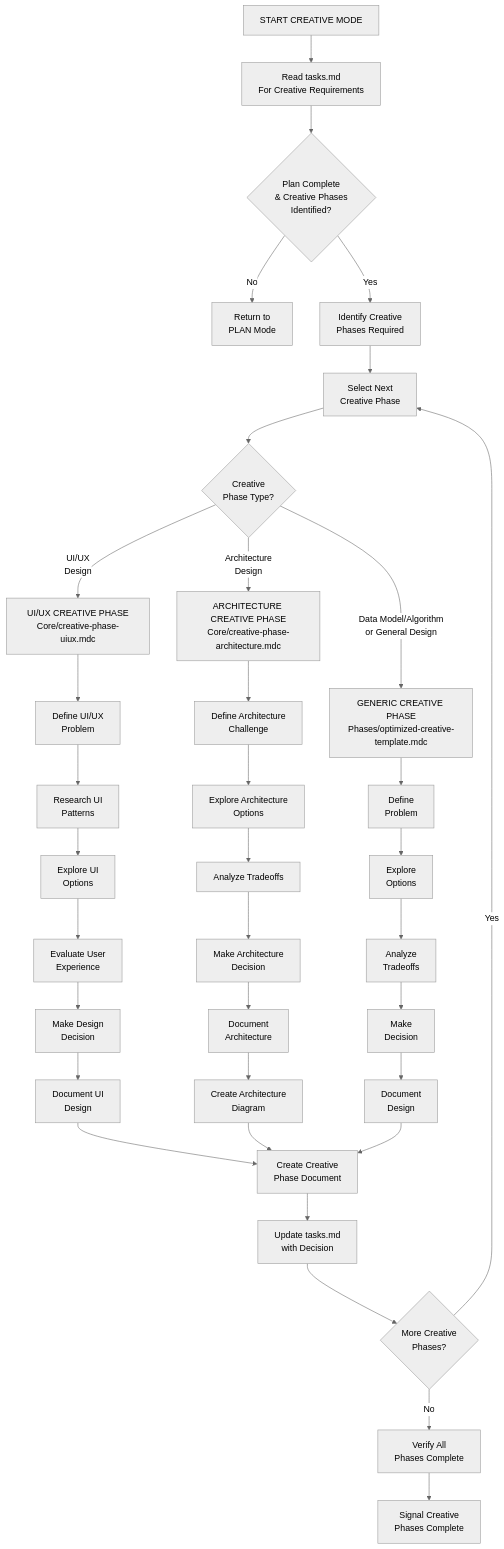
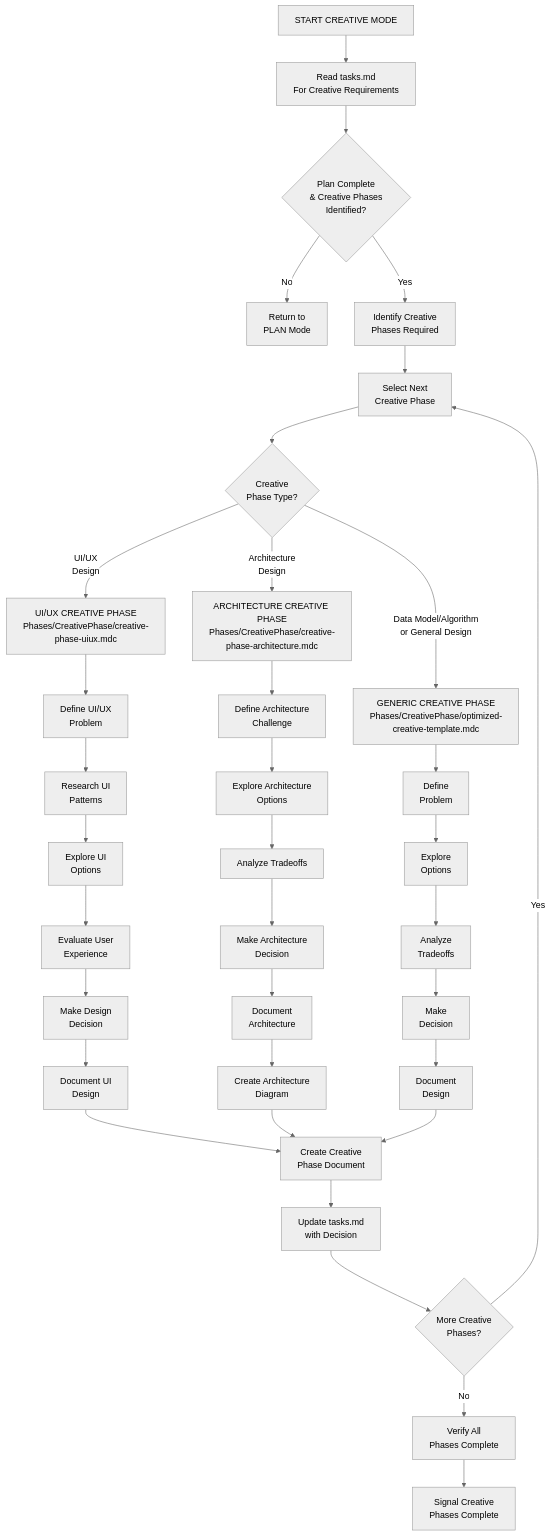
Before and after one commit to Texarkanine/.cursor-rules: the first of 4 diagrams in rulesets/niko/niko/visual-maps/creative-mode-map.mdc, drawn with Mermaid (neutral theme).

Commit message:
fix: pr feedback on paths

````diff
--- a/rulesets/niko/niko/visual-maps/creative-mode-map.mdc
+++ b/rulesets/niko/niko/visual-maps/creative-mode-map.mdc
@@ -13,49 +13,49 @@
 ```mermaid
 graph TD
     Start["START CREATIVE MODE"] --> ReadTasks["Read tasks.md<br>For Creative Requirements"]
     
     %% Initial Assessment
     ReadTasks --> VerifyPlan{"Plan Complete<br>& Creative Phases<br>Identified?"}
     VerifyPlan -->|"No"| ReturnPlan["Return to<br>PLAN Mode"]
     VerifyPlan -->|"Yes"| IdentifyPhases["Identify Creative<br>Phases Required"]
     
     %% Creative Phase Selection
     IdentifyPhases --> SelectPhase["Select Next<br>Creative Phase"]
     SelectPhase --> PhaseType{"Creative<br>Phase Type?"}
     
     %% Creative Phase Types
-    PhaseType -->|"UI/UX<br>Design"| UIPhase["UI/UX CREATIVE PHASE<br>Core/creative-phase-uiux.mdc"]
-    PhaseType -->|"Architecture<br>Design"| ArchPhase["ARCHITECTURE CREATIVE PHASE<br>Core/creative-phase-architecture.mdc"]
-    PhaseType -->|"Data Model/Algorithm<br>or General Design"| GenericPhase["GENERIC CREATIVE PHASE<br>Phases/optimized-creative-template.mdc"]
+    PhaseType -->|"UI/UX<br>Design"| UIPhase["UI/UX CREATIVE PHASE<br>Phases/CreativePhase/creative-phase-uiux.mdc"]
+    PhaseType -->|"Architecture<br>Design"| ArchPhase["ARCHITECTURE CREATIVE PHASE<br>Phases/CreativePhase/creative-phase-architecture.mdc"]
+    PhaseType -->|"Data Model/Algorithm<br>or General Design"| GenericPhase["GENERIC CREATIVE PHASE<br>Phases/CreativePhase/optimized-creative-template.mdc"]
     
     %% UI/UX Creative Phase
     UIPhase --> UI_Problem["Define UI/UX<br>Problem"]
     UI_Problem --> UI_Research["Research UI<br>Patterns"]
     UI_Research --> UI_Options["Explore UI<br>Options"]
     UI_Options --> UI_Evaluate["Evaluate User<br>Experience"]
     UI_Evaluate --> UI_Decision["Make Design<br>Decision"]
     UI_Decision --> UI_Document["Document UI<br>Design"]
     
     %% Architecture Creative Phase
     ArchPhase --> Arch_Problem["Define Architecture<br>Challenge"]
     Arch_Problem --> Arch_Options["Explore Architecture<br>Options"]
     Arch_Options --> Arch_Analyze["Analyze Tradeoffs"]
     Arch_Analyze --> Arch_Decision["Make Architecture<br>Decision"]
     Arch_Decision --> Arch_Document["Document<br>Architecture"]
     Arch_Document --> Arch_Diagram["Create Architecture<br>Diagram"]
     
     %% Generic Creative Phase (for Data Model, Algorithm, or other design types)
     GenericPhase --> Generic_Problem["Define<br>Problem"]
     Generic_Problem --> Generic_Options["Explore<br>Options"]
     Generic_Options --> Generic_Analyze["Analyze<br>Tradeoffs"]
     Generic_Analyze --> Generic_Decision["Make<br>Decision"]
     Generic_Decision --> Generic_Document["Document<br>Design"]
     
     %% Documentation & Completion
     UI_Document & Arch_Diagram & Generic_Document --> CreateDoc["Create Creative<br>Phase Document"]
     CreateDoc --> UpdateTasks["Update tasks.md<br>with Decision"]
     UpdateTasks --> MorePhases{"More Creative<br>Phases?"}
     MorePhases -->|"Yes"| SelectPhase
     MorePhases -->|"No"| VerifyComplete["Verify All<br>Phases Complete"]
     VerifyComplete --> NotifyComplete["Signal Creative<br>Phases Complete"]
 ```
````
